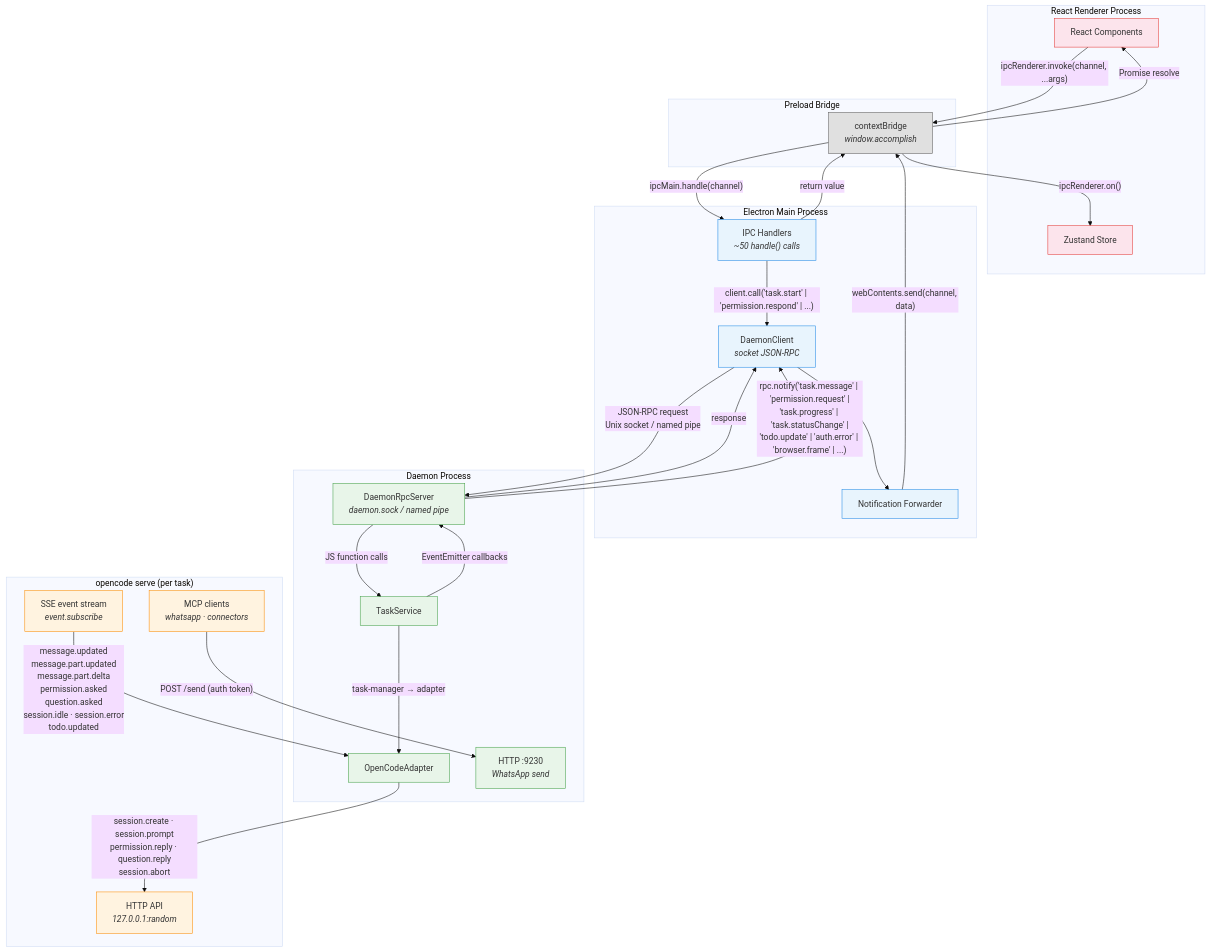
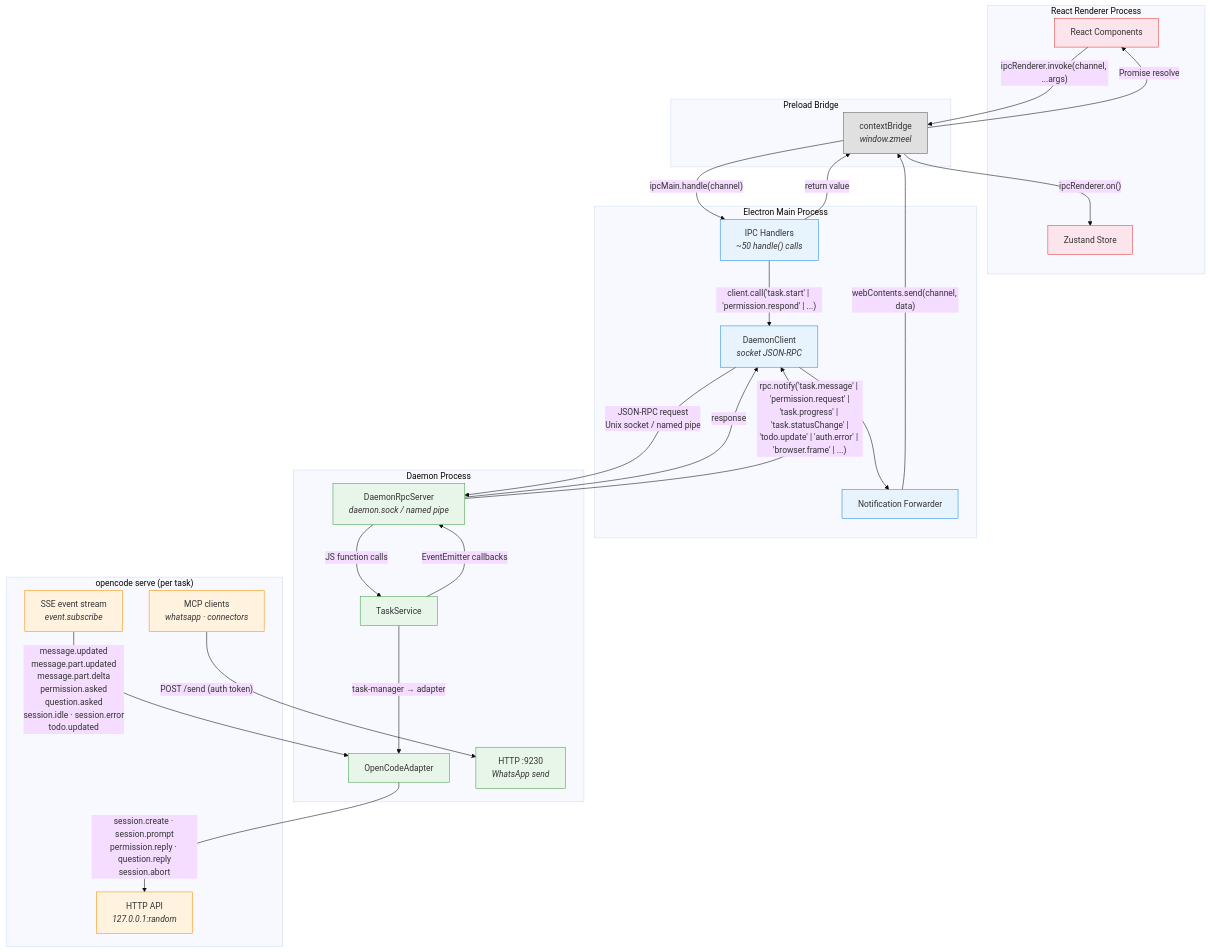
The fourth of 12 diagrams in docs/functional-viewpoint.md (samskipsai/zmeelv60), drawn with Mermaid (base theme) before and after one commit. The commit also changed other lines of this file and 520 other files, not shown here.

First line of the commit message:
rebrand: Accomplish -> Zmeel Desktop

````diff
--- a/docs/functional-viewpoint.md
+++ b/docs/functional-viewpoint.md
@@ -436,72 +436,72 @@
 ```mermaid
 graph TB
   subgraph RENDERER["React Renderer Process"]
     UI["React Components"]
     STORE["Zustand Store"]
   end
 
   subgraph BRIDGE["Preload Bridge"]
-    CB["contextBridge<br/><i>window.accomplish</i>"]
+    CB["contextBridge<br/><i>window.zmeel</i>"]
   end
 
   subgraph MAIN["Electron Main Process"]
     IPC_H["IPC Handlers<br/><i>~50 handle() calls</i>"]
     DAEMON_CLIENT["DaemonClient<br/><i>socket JSON-RPC</i>"]
     NOTIF_FWD["Notification Forwarder"]
   end
 
   subgraph DAEMON_P["Daemon Process"]
     RPC_SRV["DaemonRpcServer<br/><i>daemon.sock / named pipe</i>"]
     TASK_SVC["TaskService"]
     ADAPTER["OpenCodeAdapter"]
     WA_HTTP["HTTP :9230<br/><i>WhatsApp send</i>"]
   end
 
   subgraph OC_SVR["opencode serve (per task)"]
     OC["HTTP API<br/><i>127.0.0.1:random</i>"]
     OC_SSE["SSE event stream<br/><i>event.subscribe</i>"]
     OC_MCP["MCP clients<br/><i>whatsapp · connectors</i>"]
   end
 
   %% Invoke (renderer → main)
   UI -->|"ipcRenderer.invoke(channel, ...args)"| CB
   CB -->|"ipcMain.handle(channel)"| IPC_H
   IPC_H -->|"return value"| CB
   CB -->|"Promise resolve"| UI
 
   %% Main → Daemon (task lifecycle, permission.respond, etc.)
   IPC_H -->|"client.call('task.start' | 'permission.respond' | ...)"| DAEMON_CLIENT
   DAEMON_CLIENT -->|"JSON-RPC request<br/>Unix socket / named pipe"| RPC_SRV
   RPC_SRV -->|"response"| DAEMON_CLIENT
 
   %% Daemon → Main (notifications)
   RPC_SRV -->|"rpc.notify('task.message' | 'permission.request' |<br/>'task.progress' | 'task.statusChange' |<br/>'todo.update' | 'auth.error' | 'browser.frame' | ...)"| DAEMON_CLIENT
   DAEMON_CLIENT --> NOTIF_FWD
   NOTIF_FWD -->|"webContents.send(channel, data)"| CB
   CB -->|"ipcRenderer.on()"| STORE
 
   %% Daemon internal
   RPC_SRV -->|"JS function calls"| TASK_SVC
   TASK_SVC -->|"EventEmitter callbacks"| RPC_SRV
   TASK_SVC -->|"task-manager → adapter"| ADAPTER
 
   %% Adapter ↔ opencode serve (HTTP + SSE)
   ADAPTER -->|"session.create · session.prompt<br/>permission.reply · question.reply<br/>session.abort"| OC
   OC_SSE -->|"message.updated<br/>message.part.updated<br/>message.part.delta<br/>permission.asked<br/>question.asked<br/>session.idle · session.error<br/>todo.updated"| ADAPTER
 
   %% MCP hooks (opencode → daemon HTTP)
   OC_MCP -->|"POST /send (auth token)"| WA_HTTP
 
   %% Styling
   classDef renderer fill:#fce4ec,stroke:#e53935
   classDef bridge fill:#e0e0e0,stroke:#616161
   classDef main fill:#e8f4fd,stroke:#1e88e5
   classDef daemon fill:#e8f5e9,stroke:#43a047
   classDef oc fill:#fff3e0,stroke:#fb8c00
 
   class UI,STORE renderer
   class CB bridge
   class IPC_H,DAEMON_CLIENT,NOTIF_FWD main
   class RPC_SRV,TASK_SVC,ADAPTER,WA_HTTP daemon
   class OC,OC_SSE,OC_MCP oc
 ```
````
